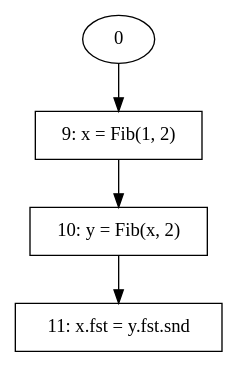
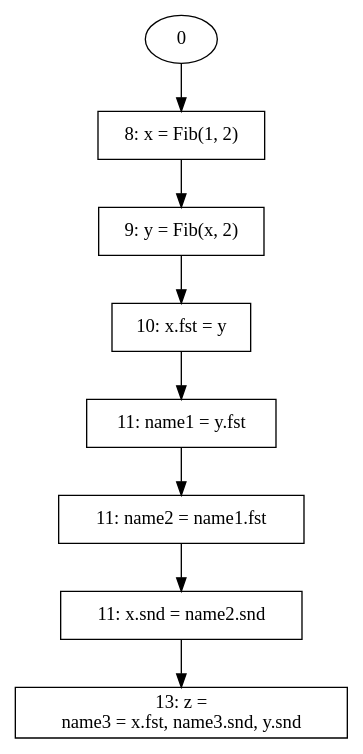
One commit to racerand/PyAnalysis changed the diagram in main/Source.gv. Above: the diagram before and after it, drawn with Graphviz. The commit also changed 4 other files, not shown here.

```diff
--- a/main/Source.gv
+++ b/main/Source.gv
@@ -1,9 +1,18 @@
 // Control Flow Graph
 digraph {
-	1 [label="9: x = Fib(1, 2)" peripheries=1 shape=rectangle]
+	1 [label="8: x = Fib(1, 2)" peripheries=1 shape=rectangle]
 	0 -> 1
-	2 [label="10: y = Fib(x, 2)" peripheries=1 shape=rectangle]
+	2 [label="9: y = Fib(x, 2)" peripheries=1 shape=rectangle]
 	1 -> 2
-	3 [label="11: x.fst = y.fst.snd" peripheries=1 shape=rectangle]
+	3 [label="10: x.fst = y" peripheries=1 shape=rectangle]
 	2 -> 3
+	4 [label="11: name1 = y.fst" peripheries=1 shape=rectangle]
+	3 -> 4
+	5 [label="11: name2 = name1.fst" peripheries=1 shape=rectangle]
+	4 -> 5
+	6 [label="11: x.snd = name2.snd" peripheries=1 shape=rectangle]
+	5 -> 6
+	7 [label="13: z = 
+name3 = x.fst, name3.snd, y.snd" peripheries=1 shape=rectangle]
+	6 -> 7
 }
```
